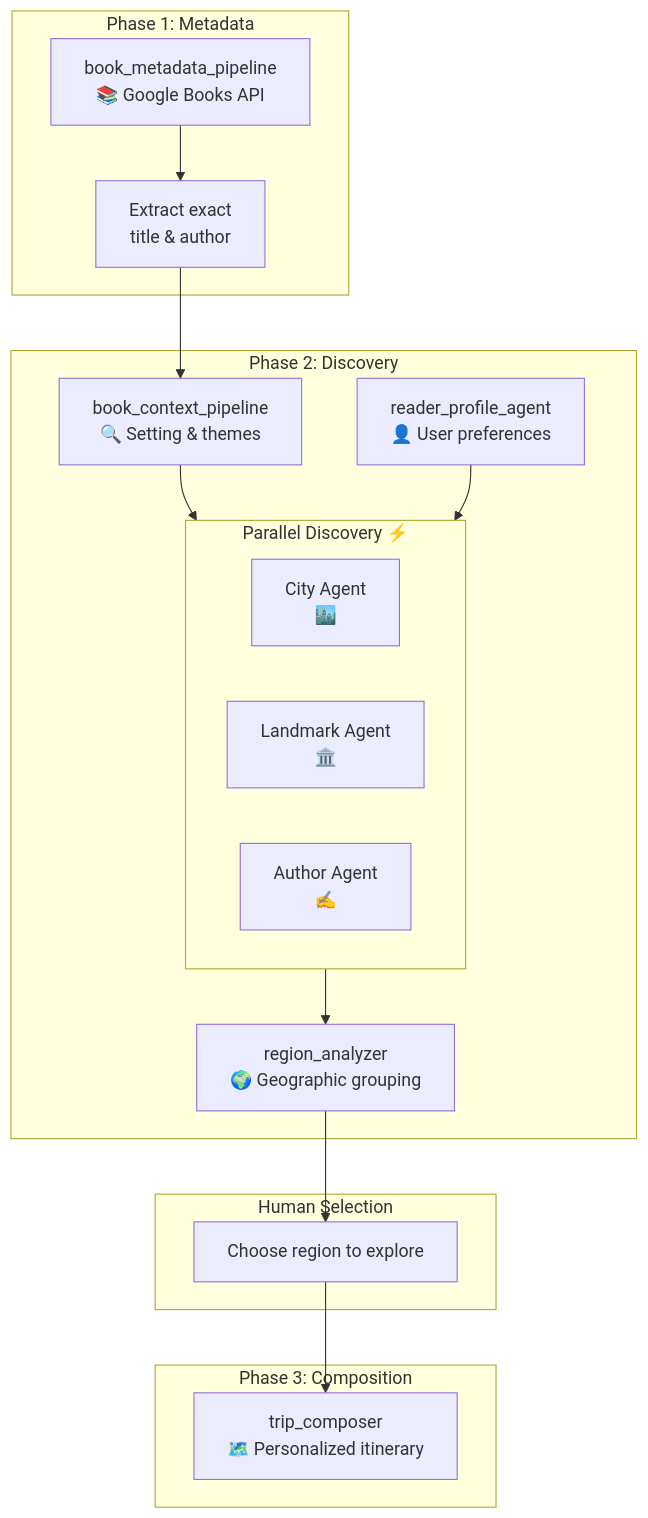
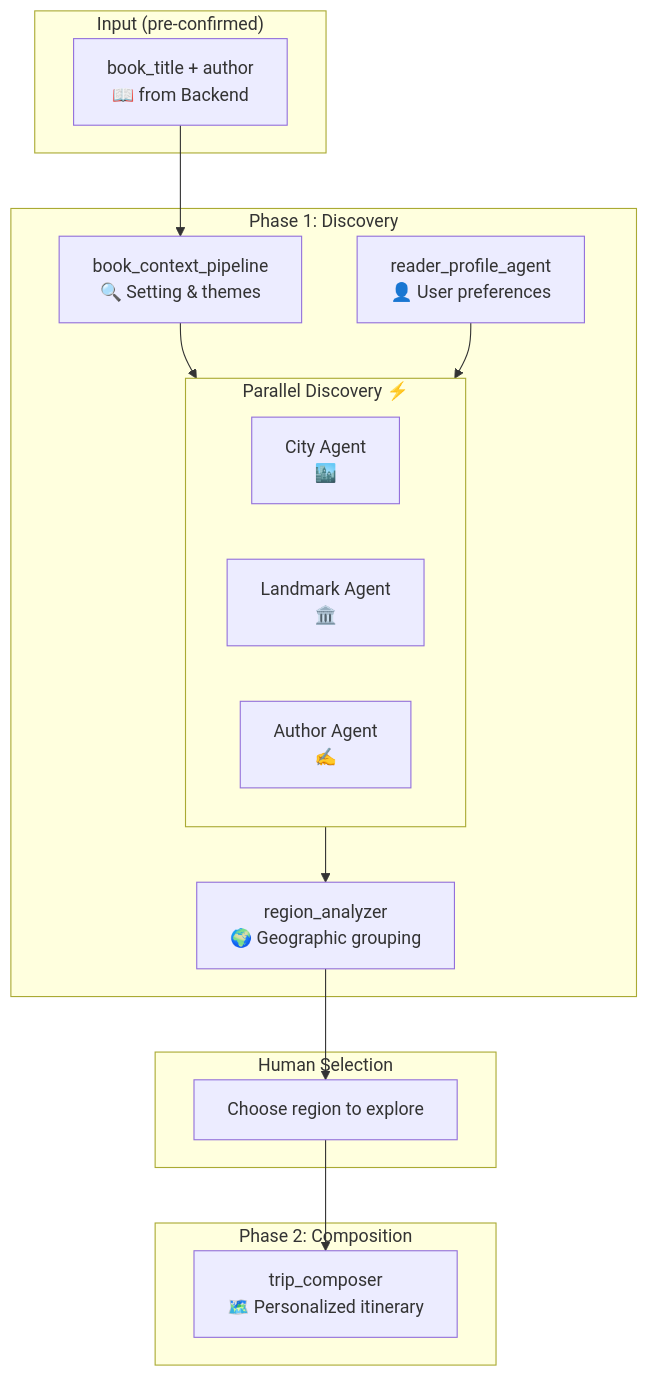
The diagram in README.md (o-ostrovskiy/storyland-ai), drawn with Mermaid before and after one commit. The commit also changed other lines of this file and 39 other files, not shown here.

````diff
--- a/README.md
+++ b/README.md
@@ -120,33 +120,33 @@
 ```mermaid
 flowchart TB
-    subgraph Phase1["Phase 1: Metadata"]
-        BM[book_metadata_pipeline<br/>📚 Google Books API] --> Extract[Extract exact<br/>title & author]
+    subgraph Input["Input (pre-confirmed)"]
+        DTO[book_title + author<br/>📖 from Backend]
     end
 
-    subgraph Phase2["Phase 2: Discovery"]
+    subgraph Phase1["Phase 1: Discovery"]
         BC[book_context_pipeline<br/>🔍 Setting & themes]
         RP[reader_profile_agent<br/>👤 User preferences]
 
         subgraph PD["Parallel Discovery ⚡"]
             CP[City Agent<br/>🏙️]
             LP[Landmark Agent<br/>🏛️]
             AP[Author Agent<br/>✍️]
         end
 
         BC --> PD
         RP --> PD
         PD --> RA[region_analyzer<br/>🌍 Geographic grouping]
     end
 
     subgraph HITL["Human Selection"]
         Select[Choose region to explore]
     end
 
-    subgraph Phase3["Phase 3: Composition"]
+    subgraph Phase2["Phase 2: Composition"]
         TC[trip_composer<br/>🗺️ Personalized itinerary]
     end
 
-    Extract --> BC
+    DTO --> BC
     RA --> Select
     Select --> TC
 ```
````
